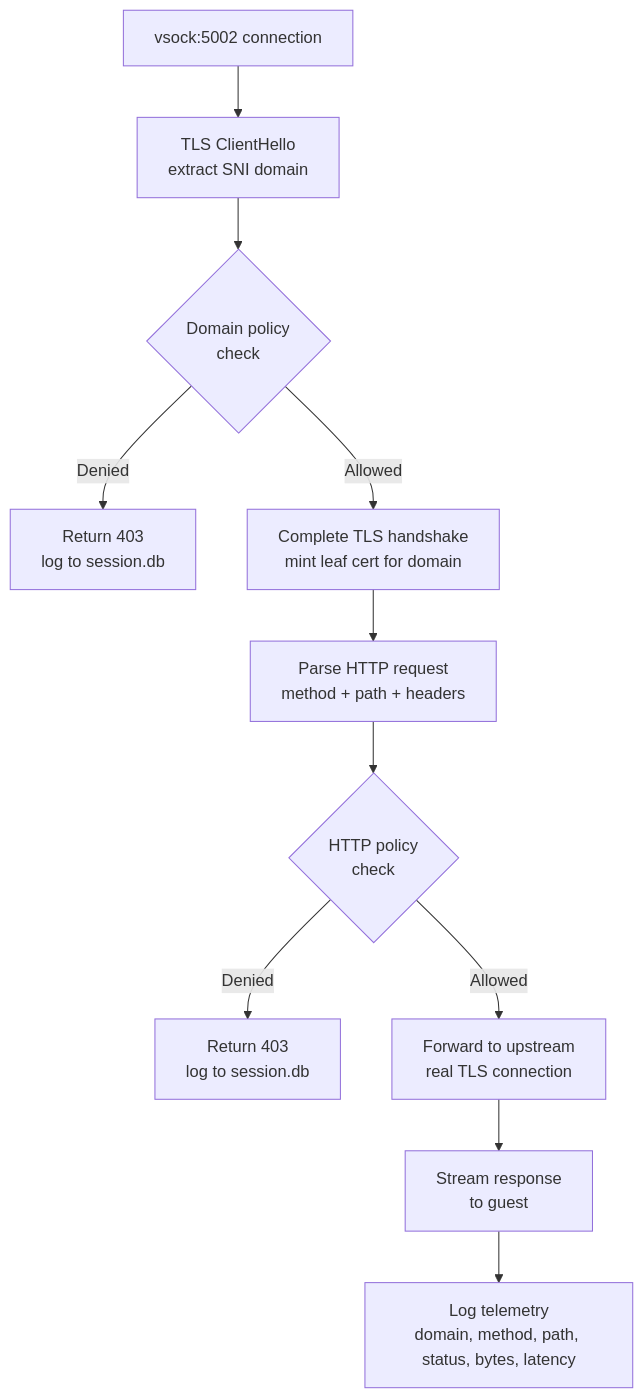
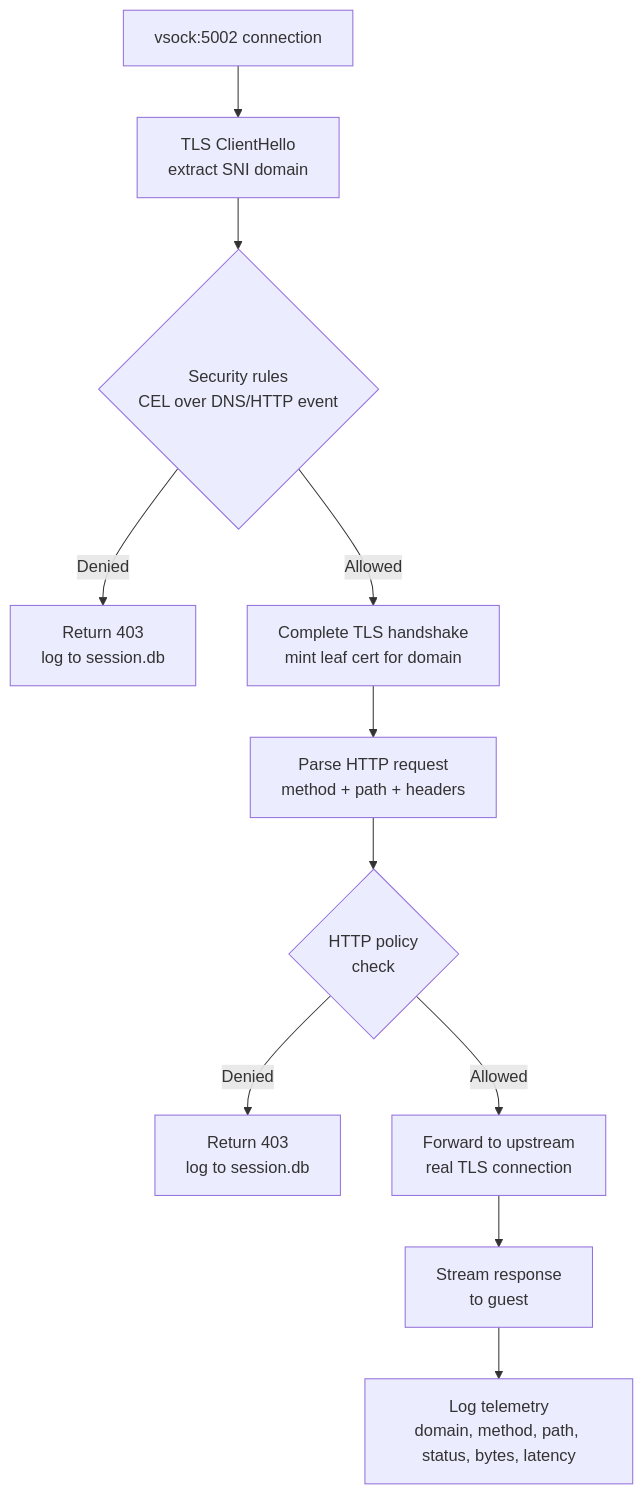
The second of 3 diagrams in docs/src/content/docs/security/network-isolation.md (google/capsem), drawn with Mermaid before and after one commit. The commit also changed other lines of this file and 16 other files, not shown here.

````diff
--- a/docs/src/content/docs/security/network-isolation.md
+++ b/docs/src/content/docs/security/network-isolation.md
@@ -59,13 +59,13 @@
 ```mermaid
 graph TD
     A["vsock:5002 connection"] --> B["TLS ClientHello<br/>extract SNI domain"]
-    B --> C{"Domain policy<br/>check"}
+    B --> C{"Security rules<br/>CEL over DNS/HTTP event"}
     C -->|Denied| D["Return 403<br/>log to session.db"]
     C -->|Allowed| E["Complete TLS handshake<br/>mint leaf cert for domain"]
     E --> F["Parse HTTP request<br/>method + path + headers"]
     F --> G{"HTTP policy<br/>check"}
     G -->|Denied| H["Return 403<br/>log to session.db"]
     G -->|Allowed| I["Forward to upstream<br/>real TLS connection"]
     I --> J["Stream response<br/>to guest"]
     J --> K["Log telemetry<br/>domain, method, path, status, bytes, latency"]
 ```
````
